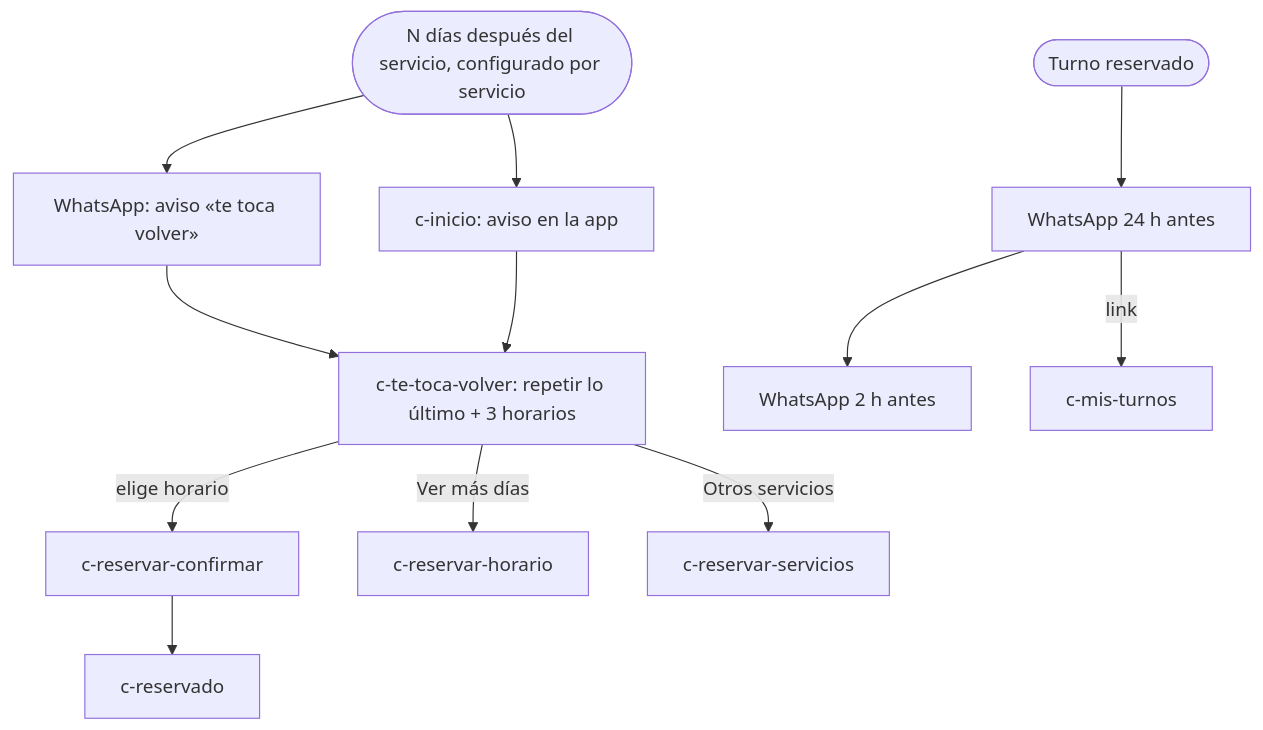
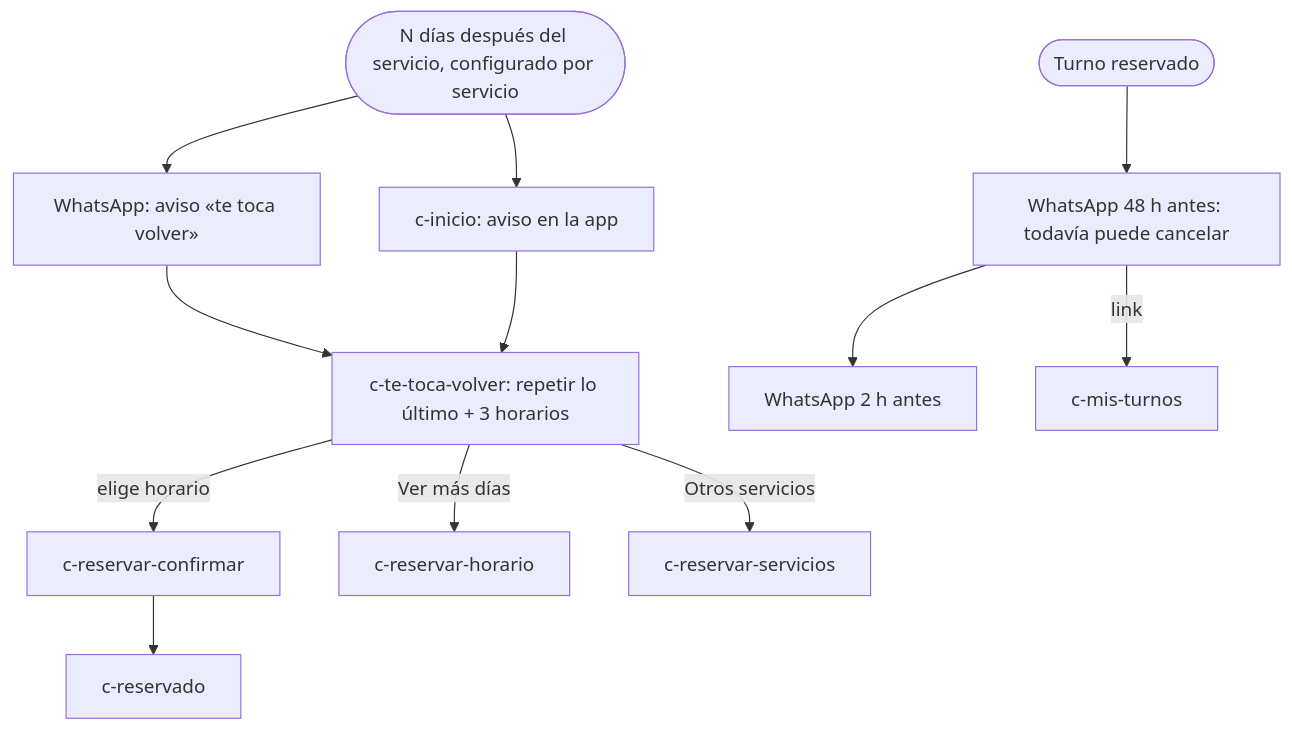
The fourth of 8 diagrams in initiatives/spa-reservas-mvp/flows.md (gm2dev/coop-agents-design), drawn with Mermaid before and after one commit. The commit also changed other lines of this file and 44 other files, not shown here.

````diff
--- a/initiatives/spa-reservas-mvp/flows.md
+++ b/initiatives/spa-reservas-mvp/flows.md
@@ -54,12 +54,12 @@
 ```mermaid
 flowchart TD
   T([N días después del servicio, configurado por servicio]) --> W[WhatsApp: aviso «te toca volver»]
   T --> I[c-inicio: aviso en la app]
   W --> R[c-te-toca-volver: repetir lo último + 3 horarios]
   I --> R
   R -->|elige horario| C[c-reservar-confirmar] --> OK[c-reservado]
   R -->|Ver más días| H[c-reservar-horario]
   R -->|Otros servicios| S[c-reservar-servicios]
-  X([Turno reservado]) --> R1[WhatsApp 24 h antes] --> R2[WhatsApp 2 h antes]
+  X([Turno reservado]) --> R1[WhatsApp 48 h antes: todavía puede cancelar] --> R2[WhatsApp 2 h antes]
   R1 -->|link| M[c-mis-turnos]
 ```
````
